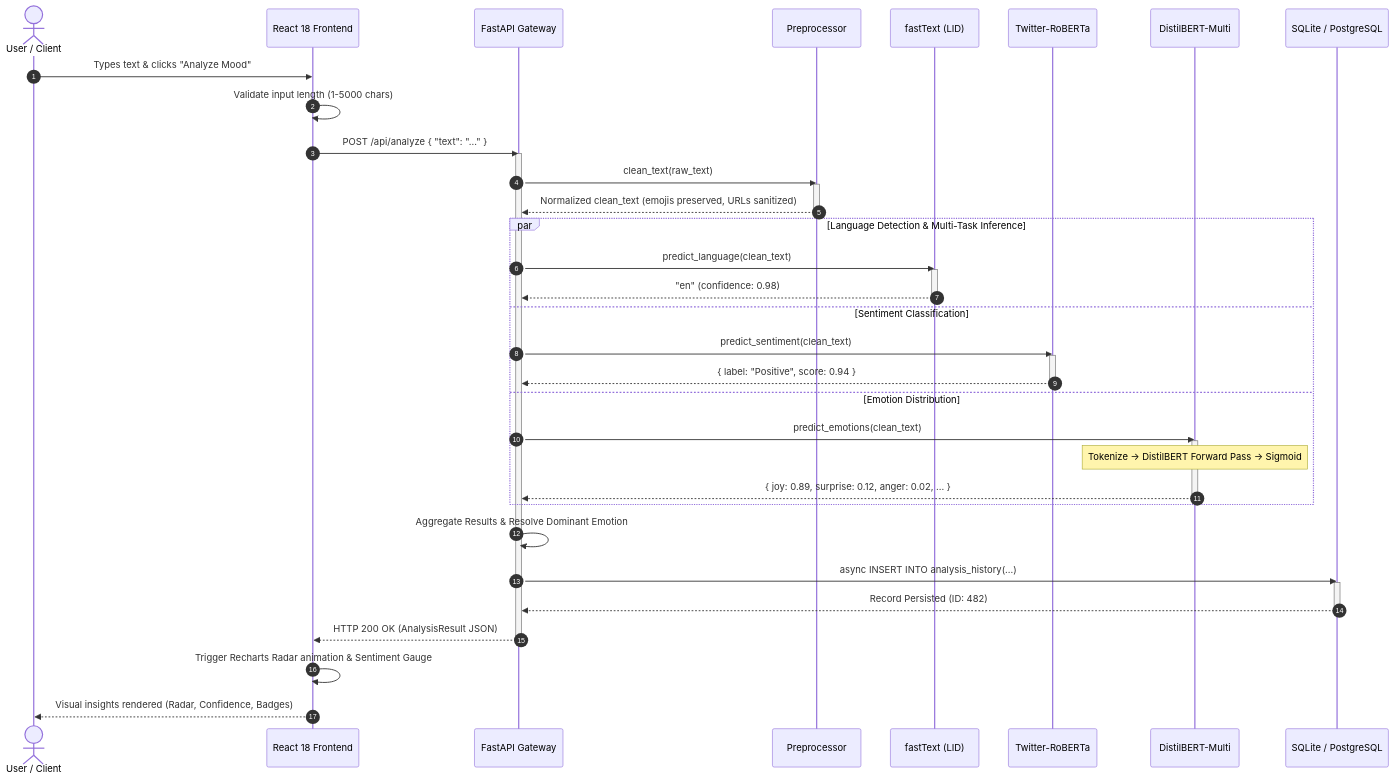
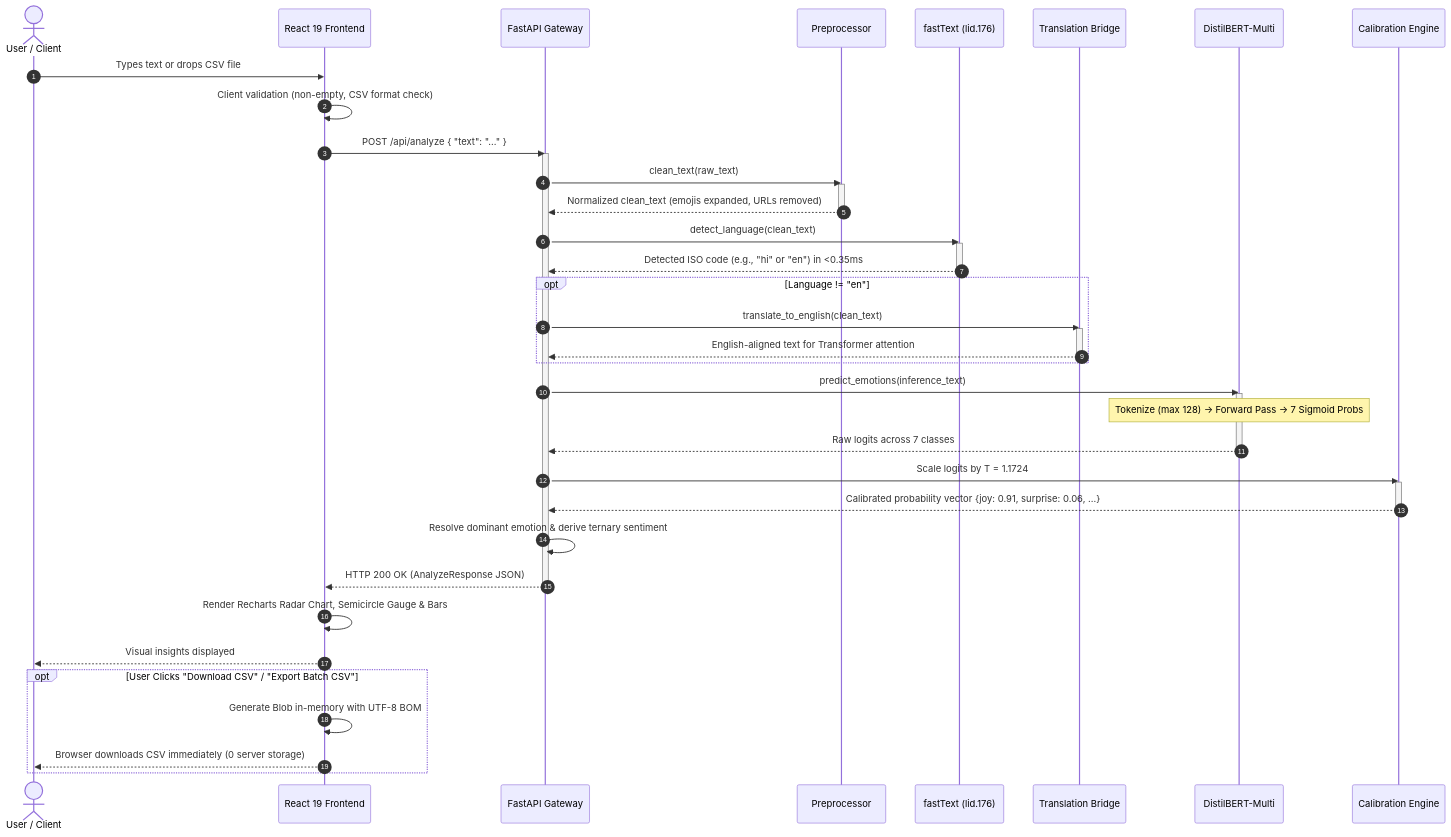
One commit to Patel-Priyank-1602/MoodMax changed the diagram in README.md. Above: the diagram before and after it, drawn with Mermaid. The commit also changed other lines of this file and 18 other files, not shown here.

````diff
--- a/README.md
+++ b/README.md
@@ -198,53 +401,57 @@
 ```mermaid
 sequenceDiagram
     autonumber
     actor User as User / Client
-    participant UI as React 18 Frontend
+    participant UI as React 19 Frontend
     participant API as FastAPI Gateway
     participant Pre as Preprocessor
-    participant FT as fastText (LID)
-    participant Sent as Twitter-RoBERTa
-    participant Emo as DistilBERT-Multi
-    participant DB as SQLite / PostgreSQL
+    participant FT as fastText (lid.176)
+    participant Trans as Translation Bridge
+    participant Distil as DistilBERT-Multi
+    participant Calib as Calibration Engine
 
-    User->>UI: Types text & clicks "Analyze Mood"
-    UI->>UI: Validate input length (1-5000 chars)
+    User->>UI: Types text or drops CSV file
+    UI->>UI: Client validation (non-empty, CSV format check)
     UI->>API: POST /api/analyze { "text": "..." }
     
     activate API
     API->>Pre: clean_text(raw_text)
     activate Pre
-    Pre-->>API: Normalized clean_text (emojis preserved, URLs sanitized)
+    Pre-->>API: Normalized clean_text (emojis expanded, URLs removed)
     deactivate Pre
 
-    par Language Detection & Multi-Task Inference
-        API->>FT: predict_language(clean_text)
-        activate FT
-        FT-->>API: "en" (confidence: 0.98)
-        deactivate FT
-    and Sentiment Classification
-        API->>Sent: predict_sentiment(clean_text)
-        activate Sent
-        Sent-->>API: { label: "Positive", score: 0.94 }
-        deactivate Sent
-    and Emotion Distribution
-        API->>Emo: predict_emotions(clean_text)
-        activate Emo
-        Note over Emo: Tokenize -> DistilBERT Forward Pass -> Sigmoid
-        Emo-->>API: { joy: 0.89, surprise: 0.12, anger: 0.02, ... }
-        deactivate Emo
+    API->>FT: detect_language(clean_text)
+    activate FT
+    FT-->>API: Detected ISO code (e.g., "hi" or "en") in <0.35ms
+    deactivate FT
+
+    opt Language != "en"
+        API->>Trans: translate_to_english(clean_text)
+        activate Trans
+        Trans-->>API: English-aligned text for Transformer attention
+        deactivate Trans
     end
 
-    API->>API: Aggregate Results & Resolve Dominant Emotion
-    
-    API->>DB: async INSERT INTO analysis_history(...)
-    activate DB
-    DB-->>API: Record Persisted (ID: 482)
-    deactivate DB
+    API->>Distil: predict_emotions(inference_text)
+    activate Distil
+    Note over Distil: Tokenize (max 128) -> Forward Pass -> 7 Sigmoid Probs
+    Distil-->>API: Raw logits across 7 classes
+    deactivate Distil
 
-    API-->>UI: HTTP 200 OK (AnalysisResult JSON)
+    API->>Calib: Scale logits by T = 1.1724
+    activate Calib
+    Calib-->>API: Calibrated probability vector {joy: 0.91, surprise: 0.06, ...}
+    deactivate Calib
+
+    API->>API: Resolve dominant emotion & derive ternary sentiment
+    API-->>UI: HTTP 200 OK (AnalyzeResponse JSON)
     deactivate API
 
-    UI->>UI: Trigger Recharts Radar animation & Sentiment Gauge
-    UI-->>User: Visual insights rendered (Radar, Confidence, Badges)
+    UI->>UI: Render Recharts Radar Chart, Semicircle Gauge & Bars
+    UI-->>User: Visual insights displayed
+    
+    opt User Clicks "Download CSV" / "Export Batch CSV"
+        UI->>UI: Generate Blob in-memory with UTF-8 BOM
+        UI-->>User: Browser downloads CSV immediately (0 server storage)
+    end
 ```
````
